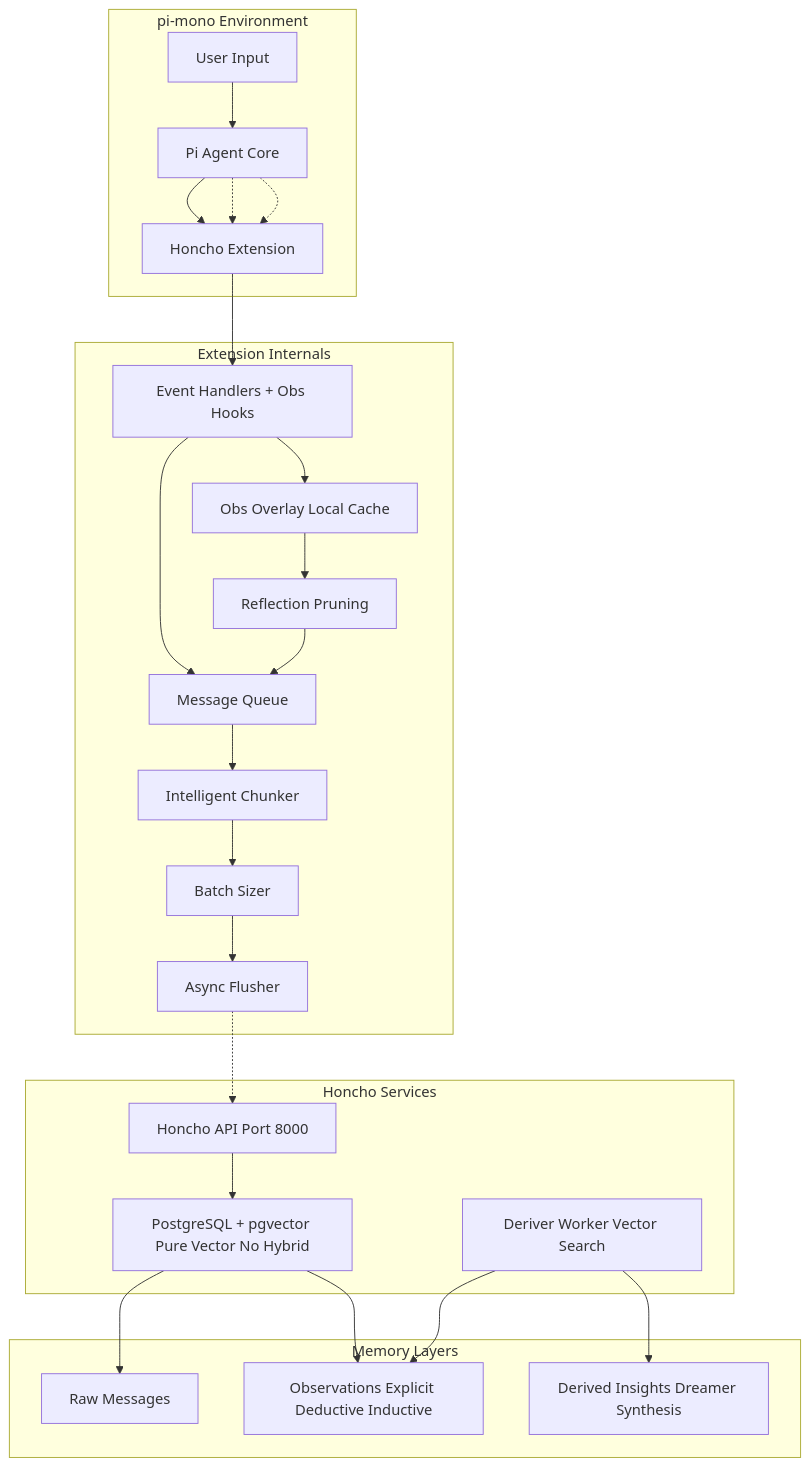
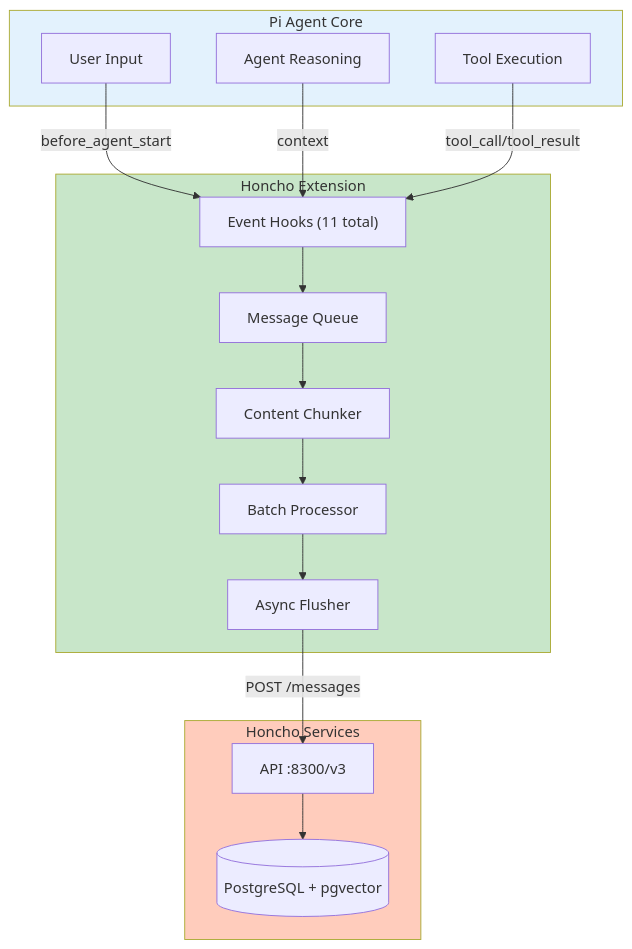
Before and after one commit to dsidlo/local-honcho: the first of 4 diagrams in docs/v3/guides/community/dgs-integrations/pi-mono/agent/extensions/README-honcho.md, drawn with Mermaid. The commit also changed other lines of this file and 44 other files, not shown here.

````diff
--- a/docs/v3/guides/community/dgs-integrations/pi-mono/agent/extensions/README-honcho.md
+++ b/docs/v3/guides/community/dgs-integrations/pi-mono/agent/extensions/README-honcho.md
@@ -26,50 +16,35 @@
 ```mermaid
 graph TB
-    subgraph piMono ["pi-mono Environment"]
+    subgraph pi["Pi Agent Core"]
         USER["User Input"]
-        PI["Pi Agent Core"]
-        EXT["Honcho Extension"]
+        AGENT["Agent Reasoning"]
+        TOOLS["Tool Execution"]
     end
-    
-    subgraph extInternals ["Extension Internals"]
-        EVT["Event Handlers + Obs Hooks"]
+
+    subgraph ext["Honcho Extension"]
+        HOOKS["Event Hooks (11 total)"]
         QUEUE["Message Queue"]
-        CHUNK["Intelligent Chunker"]
-        BATCH["Batch Sizer"]
+        CHUNK["Content Chunker"]
+        BATCH["Batch Processor"]
         FLUSH["Async Flusher"]
-        OBS["Obs Overlay Local Cache"]
-        REFLECT["Reflection Pruning"]
     end
-    
-    subgraph honchoServ ["Honcho Services"]
-        API["Honcho API Port 8000"]
-        DERIVER["Deriver Worker Vector Search"]
-        DB["PostgreSQL + pgvector Pure Vector No Hybrid"]
+
+    subgraph honcho["Honcho Services"]
+        API["API :8300/v3"]
+        DB[(PostgreSQL + pgvector)]
     end
-    
-    subgraph memLayers ["Memory Layers"]
-        RAW["Raw Messages"]
-        OBS_HONCHO["Observations Explicit Deductive Inductive"]
-        DERIVED["Derived Insights Dreamer Synthesis"]
-    end
-    
-    USER --> PI
-    PI --> EXT
-    EXT --> EVT
-    EVT --> QUEUE
+
+    USER -->|before_agent_start| HOOKS
+    AGENT -->|context| HOOKS
+    TOOLS -->|tool_call/tool_result| HOOKS
+    HOOKS --> QUEUE
     QUEUE --> CHUNK
     CHUNK --> BATCH
     BATCH --> FLUSH
-    FLUSH -.-> API
+    FLUSH -->|POST /messages| API
     API --> DB
-    DB --> RAW
-    DB --> OBS_HONCHO
-    DERIVER --> OBS_HONCHO
-    DERIVER --> DERIVED
-    
-    PI -.-> EXT
-    PI -.-> EXT
-    EVT --> OBS
-    OBS --> REFLECT
-    REFLECT --> QUEUE
+
+    style pi fill:#e3f2fd
+    style ext fill:#c8e6c9
+    style honcho fill:#ffccbc
 ```
````
